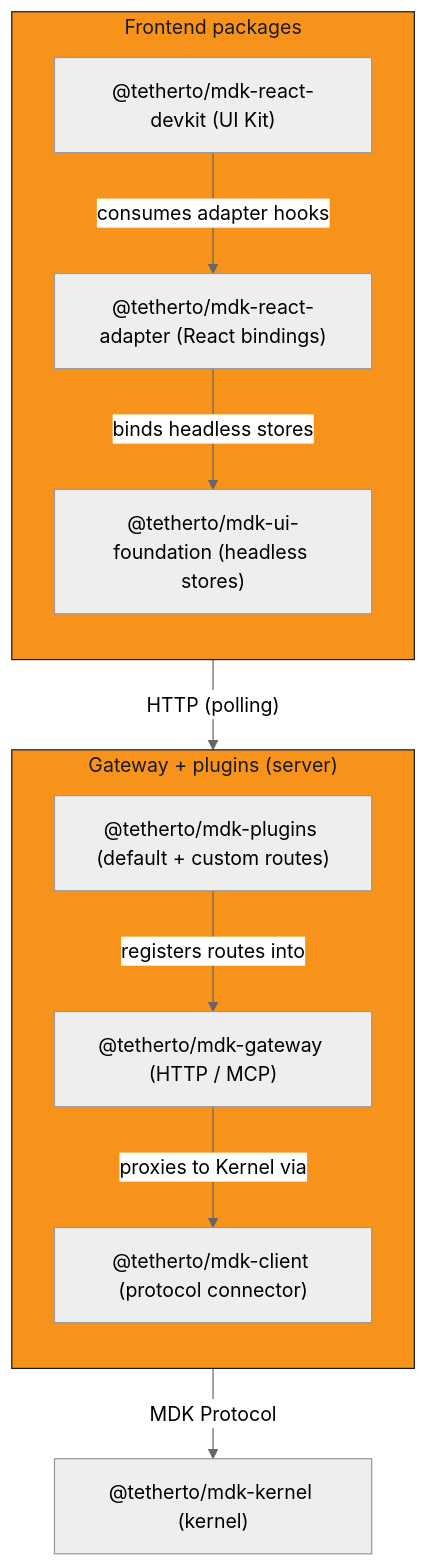
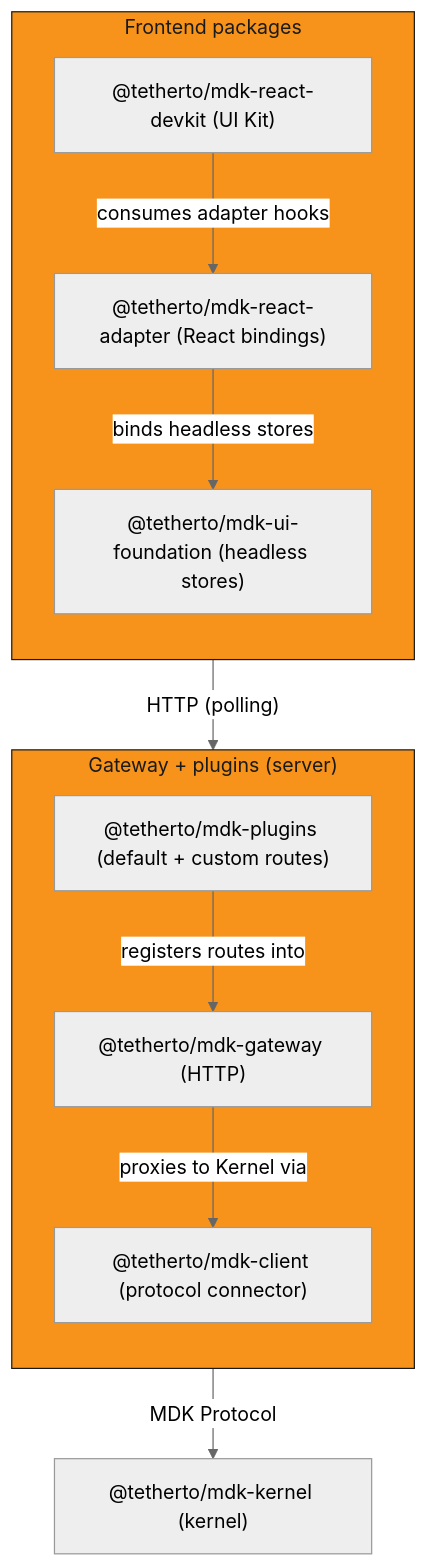
The diagram in docs/concepts/app-toolkit.md (tekwani/mdk), drawn with Mermaid (neutral theme) before and after one commit. The commit also changed other lines of this file and 629 other files, not shown here.

````diff
--- a/docs/concepts/app-toolkit.md
+++ b/docs/concepts/app-toolkit.md
@@ -55,28 +60,28 @@
 ```mermaid
 flowchart TD
     subgraph frontend ["Frontend packages"]
         direction TB
         UI_FOUNDATION["@tetherto/mdk-ui-foundation (headless stores)"]
         FRAMEWORKS["@tetherto/mdk-react-adapter (React bindings)"]
         UI_COMPS["@tetherto/mdk-react-devkit (UI Kit)"]
 
         UI_COMPS -->|consumes adapter hooks| FRAMEWORKS
         FRAMEWORKS -->|binds headless stores| UI_FOUNDATION
     end
 
     subgraph backend ["Gateway + plugins (server)"]
         direction TB
         PLUGINS["@tetherto/mdk-plugins (default + custom routes)"]
-        ROUTER["@tetherto/mdk-gateway (HTTP / MCP)"]
+        ROUTER["@tetherto/mdk-gateway (HTTP)"]
         CLIENT["@tetherto/mdk-client (protocol connector)"]
 
         PLUGINS -->|registers routes into| ROUTER
         ROUTER -->|proxies to Kernel via| CLIENT
     end
 
     UI_FOUNDATION -->|"HTTP (polling)"| ROUTER
     CLIENT -->|"MDK Protocol"| Kernel["@tetherto/mdk-kernel (kernel)"]
 
     style frontend fill:#F7931A,stroke:#1A1A1A,color:#1A1A1A
     style backend fill:#F7931A,stroke:#1A1A1A,color:#1A1A1A
 ```
````
